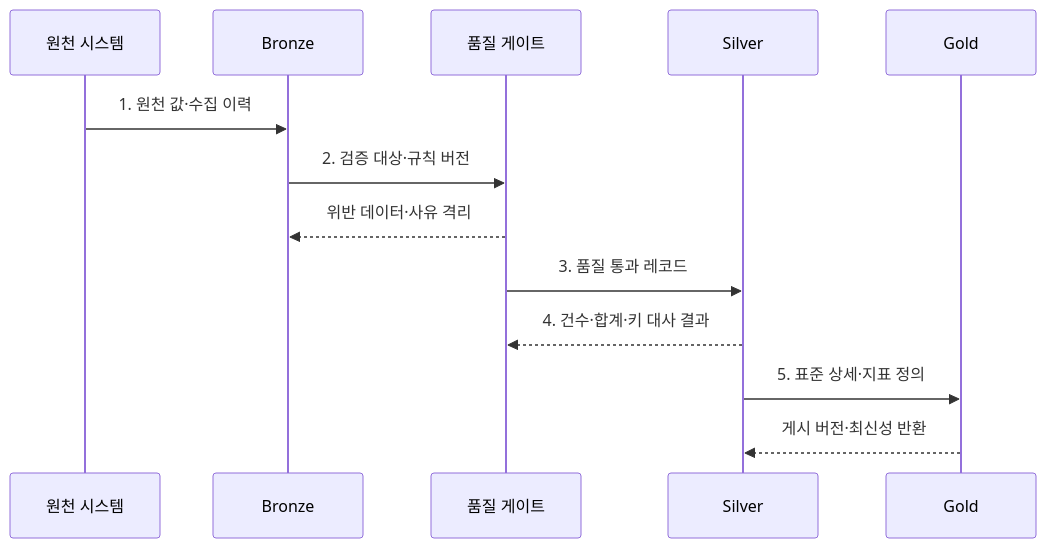
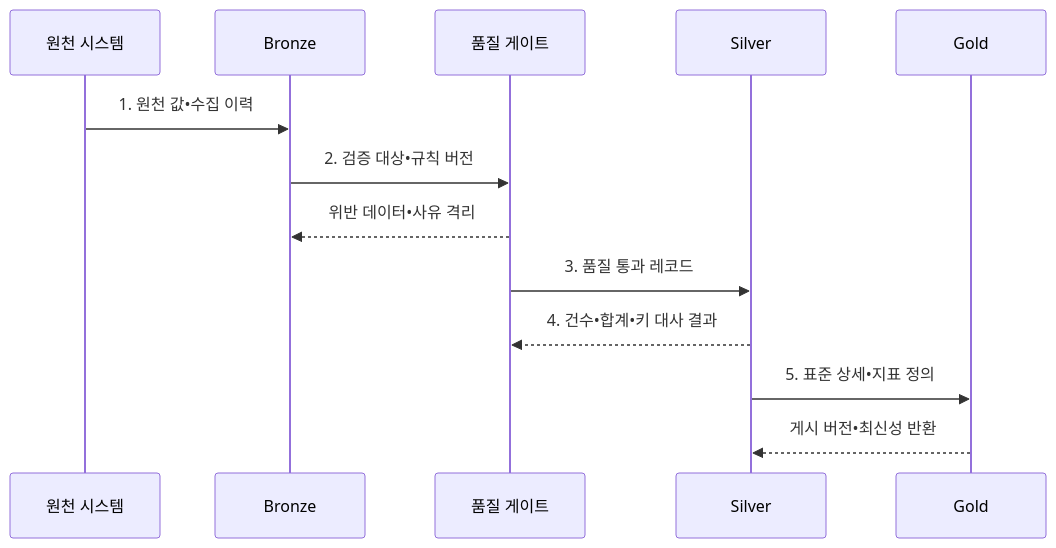
The second of 2 diagrams in src/content/docs/notes/03-software/130_medallion_architecture.md (agnusdei1207/knowledge-base), drawn with Mermaid before and after one commit. The commit also changed other lines of this file and 953 other files, not shown here.

````diff
--- a/src/content/docs/notes/03-software/130_medallion_architecture.md
+++ b/src/content/docs/notes/03-software/130_medallion_architecture.md
@@ -113,15 +113,15 @@
 ```mermaid
 sequenceDiagram
     participant S as 원천 시스템
     participant B as Bronze
     participant Q as 품질 게이트
     participant V as Silver
     participant G as Gold
-    S->>B: 1. 원천 값·수집 이력
-    B->>Q: 2. 검증 대상·규칙 버전
-    Q-->>B: 위반 데이터·사유 격리
+    S->>B: 1. 원천 값•수집 이력
+    B->>Q: 2. 검증 대상•규칙 버전
+    Q-->>B: 위반 데이터•사유 격리
     Q->>V: 3. 품질 통과 레코드
-    V-->>Q: 4. 건수·합계·키 대사 결과
-    V->>G: 5. 표준 상세·지표 정의
-    G-->>V: 게시 버전·최신성 반환
+    V-->>Q: 4. 건수•합계•키 대사 결과
+    V->>G: 5. 표준 상세•지표 정의
+    G-->>V: 게시 버전•최신성 반환
 ```
````
